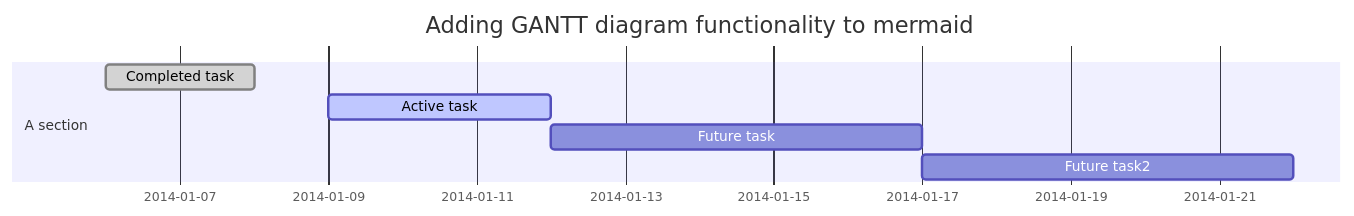
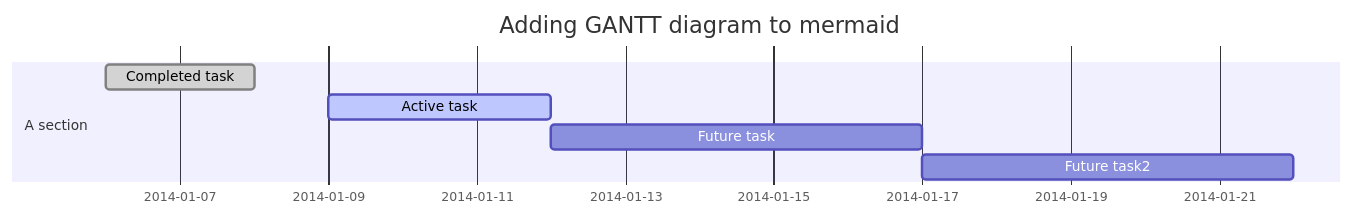
One commit to WeeBeasties/WeeBeasties.github.io changed the first of 2 diagrams in _posts/2018-04-06-Practice-Post.md. Above: the diagram before and after it, drawn with Mermaid. The commit also changed other lines of this file, not shown here.

Commit message:
tweak the mermaid code further

```diff
--- a/_posts/2018-04-06-Practice-Post.md
+++ b/_posts/2018-04-06-Practice-Post.md
@@ -26,10 +26,11 @@
 <div class="mermaid">  
 gantt
 dateFormat  YYYY-MM-DD
-title Adding GANTT diagram functionality to mermaid
-  section A section
-  Completed task  :done,    des1, 2014-01-06,2014-01-08
-  Active task     :active,  des2, 2014-01-09, 3d
-  Future task     :         des3, after des2, 5d
-  Future task2    :         des4, after des3, 5d  
+title Adding GANTT diagram to mermaid
+
+section A section
+Completed task            :done,    des1, 2014-01-06,2014-01-08
+Active task               :active,  des2, 2014-01-09, 3d
+Future task               :         des3, after des2, 5d
+Future task2              :         des4, after des3, 5d  
 </div>
```
